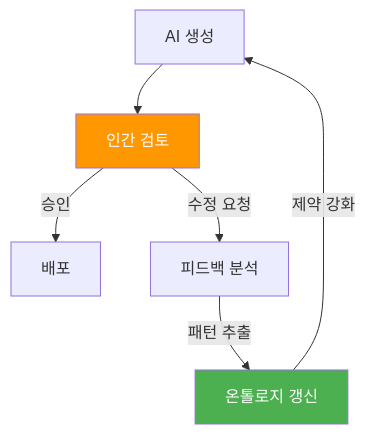
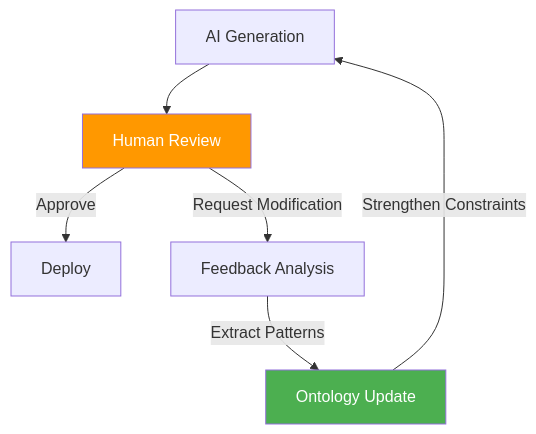
One commit to devfloor9/engineering-playbook changed the third of 5 diagrams in docs/aidlc/methodology/ontology-engineering.md. Above: the diagram before and after it, drawn with Mermaid. The commit also changed other lines of this file and 954 other files, not shown here.

````diff
--- a/docs/aidlc/methodology/ontology-engineering.md
+++ b/docs/aidlc/methodology/ontology-engineering.md
@@ -396,11 +392,11 @@
 ```mermaid
 graph TD
-    AI["AI 생성"] --> HUMAN["인간 검토"]
-    HUMAN -->|"승인"| DEPLOY["배포"]
-    HUMAN -->|"수정 요청"| FEEDBACK["피드백 분석"]
-    FEEDBACK -->|"패턴 추출"| ONT["온톨로지 갱신"]
-    ONT -->|"제약 강화"| AI
+    AI["AI Generation"] --> HUMAN["Human Review"]
+    HUMAN -->|"Approve"| DEPLOY["Deploy"]
+    HUMAN -->|"Request Modification"| FEEDBACK["Feedback Analysis"]
+    FEEDBACK -->|"Extract Patterns"| ONT["Ontology Update"]
+    ONT -->|"Strengthen Constraints"| AI
 
     style HUMAN fill:#ff9800,color:#fff
     style ONT fill:#4caf50,color:#fff
 ```
````
